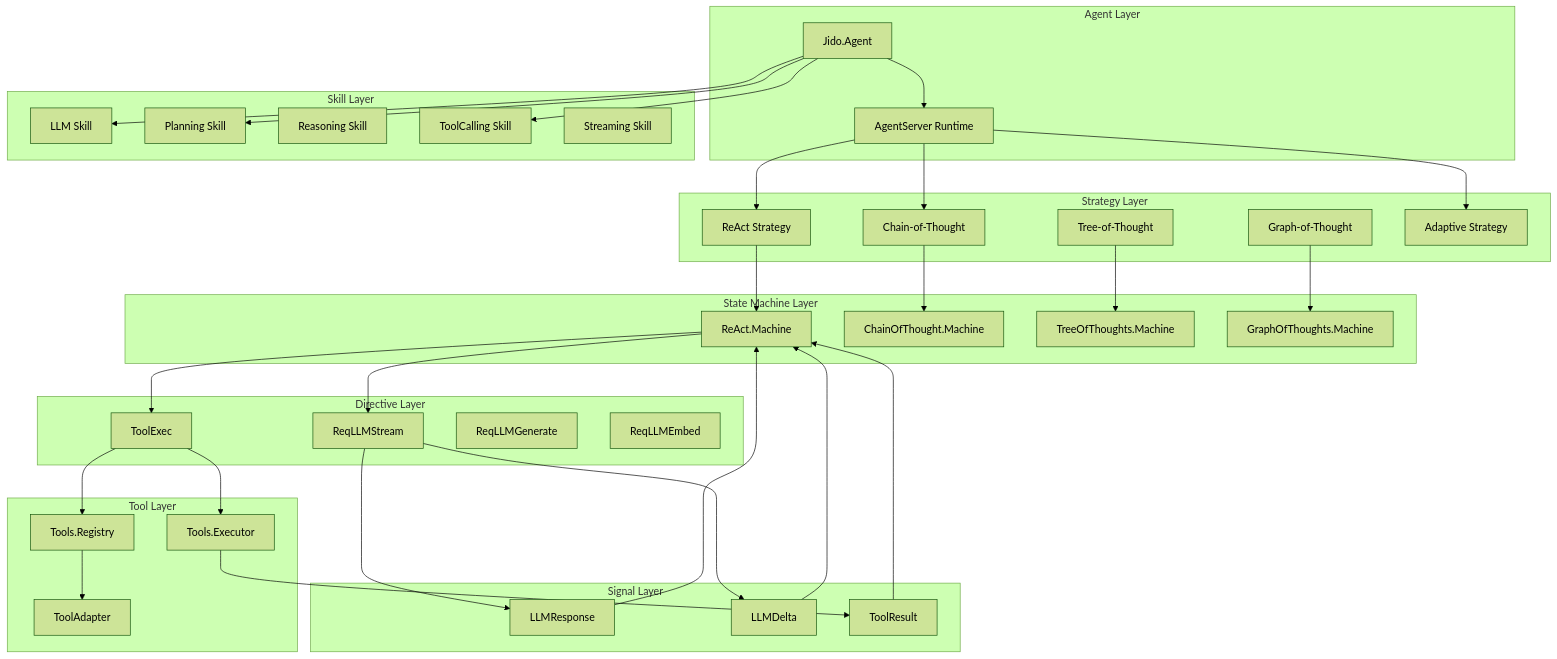
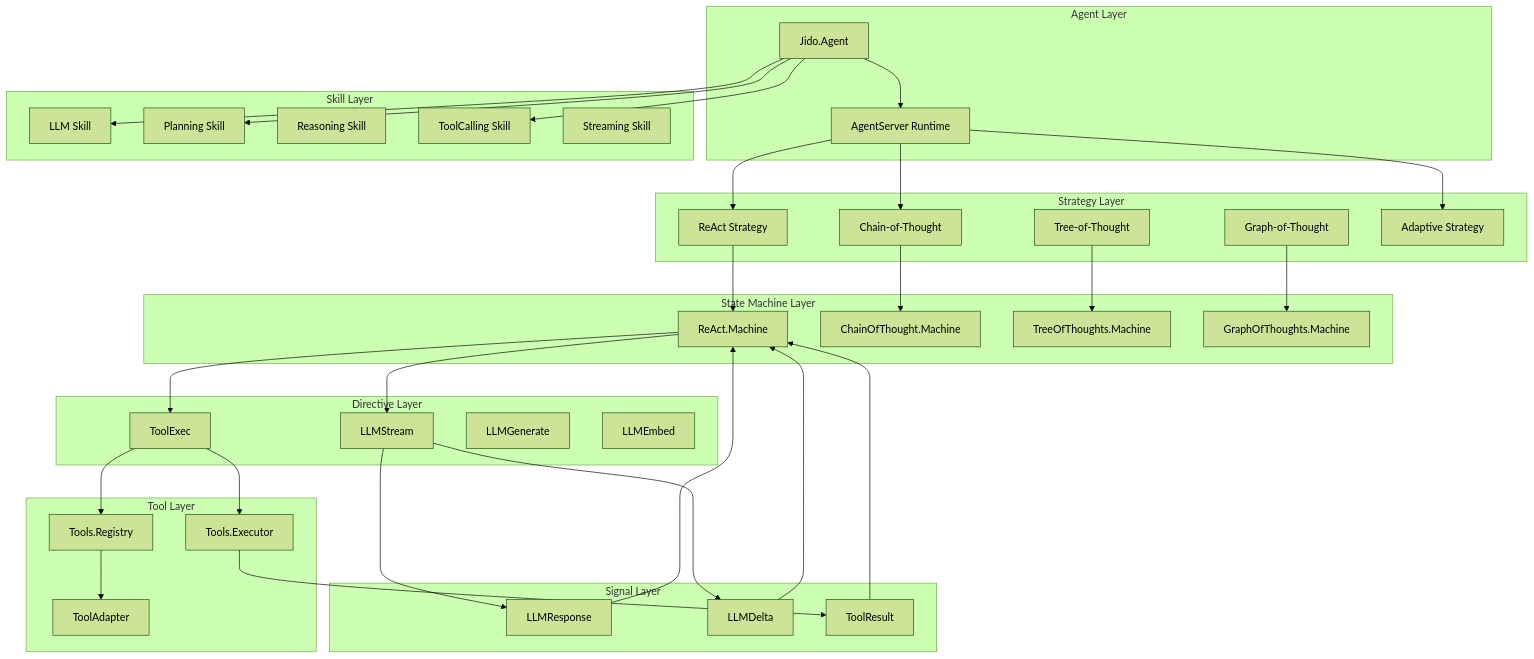
The first of 2 diagrams in guides/developer/01_architecture_overview.md (agentjido/jido_ai), drawn with Mermaid (forest theme) before and after one commit. The commit also changed other lines of this file and 23 other files, not shown here.

````diff
--- a/guides/developer/01_architecture_overview.md
+++ b/guides/developer/01_architecture_overview.md
@@ -38,78 +38,78 @@
 ```mermaid
 graph TB
     subgraph "Agent Layer"
         Agent[Jido.Agent]
         AgentServer[AgentServer Runtime]
     end
 
     subgraph "Strategy Layer"
         ReAct[ReAct Strategy]
         CoT[Chain-of-Thought]
         ToT[Tree-of-Thought]
         GoT[Graph-of-Thought]
         Adaptive[Adaptive Strategy]
     end
 
     subgraph "State Machine Layer"
         ReActMachine[ReAct.Machine]
         CoTMachine[ChainOfThought.Machine]
         ToTMachine[TreeOfThoughts.Machine]
         GoTMachine[GraphOfThoughts.Machine]
     end
 
     subgraph "Directive Layer"
-        ReqLLMStream[ReqLLMStream]
+        LLMStream[LLMStream]
         ToolExec[ToolExec]
-        ReqLLMGenerate[ReqLLMGenerate]
-        ReqLLMEmbed[ReqLLMEmbed]
+        LLMGenerate[LLMGenerate]
+        LLMEmbed[LLMEmbed]
     end
 
     subgraph "Tool Layer"
         Registry[Tools.Registry]
         Executor[Tools.Executor]
         ToolAdapter[ToolAdapter]
     end
 
     subgraph "Signal Layer"
         LLMResponse[LLMResponse]
         LLMDelta[LLMDelta]
         ToolResult[ToolResult]
     end
 
     subgraph "Skill Layer"
         LLM[LLM Skill]
         Planning[Planning Skill]
         Reasoning[Reasoning Skill]
         ToolCalling[ToolCalling Skill]
         Streaming[Streaming Skill]
     end
 
     Agent --> AgentServer
     AgentServer --> ReAct
     AgentServer --> CoT
     AgentServer --> Adaptive
 
     ReAct --> ReActMachine
     CoT --> CoTMachine
     ToT --> ToTMachine
     GoT --> GoTMachine
 
-    ReActMachine --> ReqLLMStream
+    ReActMachine --> LLMStream
     ReActMachine --> ToolExec
 
     ToolExec --> Registry
     ToolExec --> Executor
     Registry --> ToolAdapter
 
-    ReqLLMStream --> LLMResponse
-    ReqLLMStream --> LLMDelta
+    LLMStream --> LLMResponse
+    LLMStream --> LLMDelta
     Executor --> ToolResult
 
     LLMResponse --> ReActMachine
     ToolResult --> ReActMachine
     LLMDelta --> ReActMachine
 
     Agent --> LLM
     Agent --> Planning
     Agent --> ToolCalling
 ```
````
